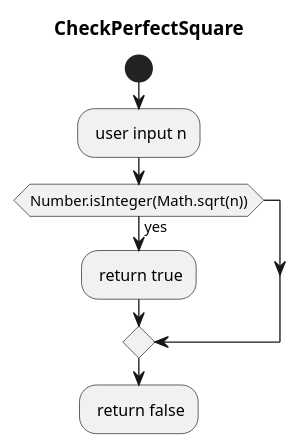
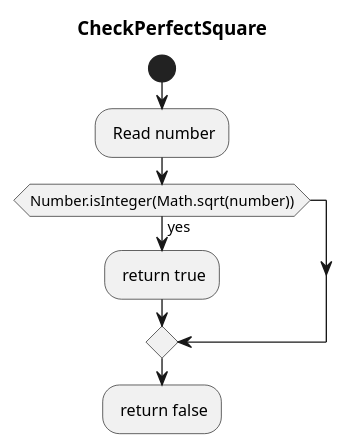
The diagram in diagram/3c.wsd (codingPhuc/B-i-t-p-nh-p-m-n-l-p-tr-nh), drawn with PlantUML before and after one commit. The commit also changed 102 other files, not shown here.

```diff
--- a/diagram/3c.wsd
+++ b/diagram/3c.wsd
@@ -1,9 +1,9 @@
 @startuml CheckPerfectSquare
     title CheckPerfectSquare
     start
-    : user input n; 
-    if (Number.isInteger(Math.sqrt(n))) then (yes)
+    : Read number; 
+    if (Number.isInteger(Math.sqrt(number))) then (yes)
         : return true; 
     endif
      : return false; 
 @enduml
```
